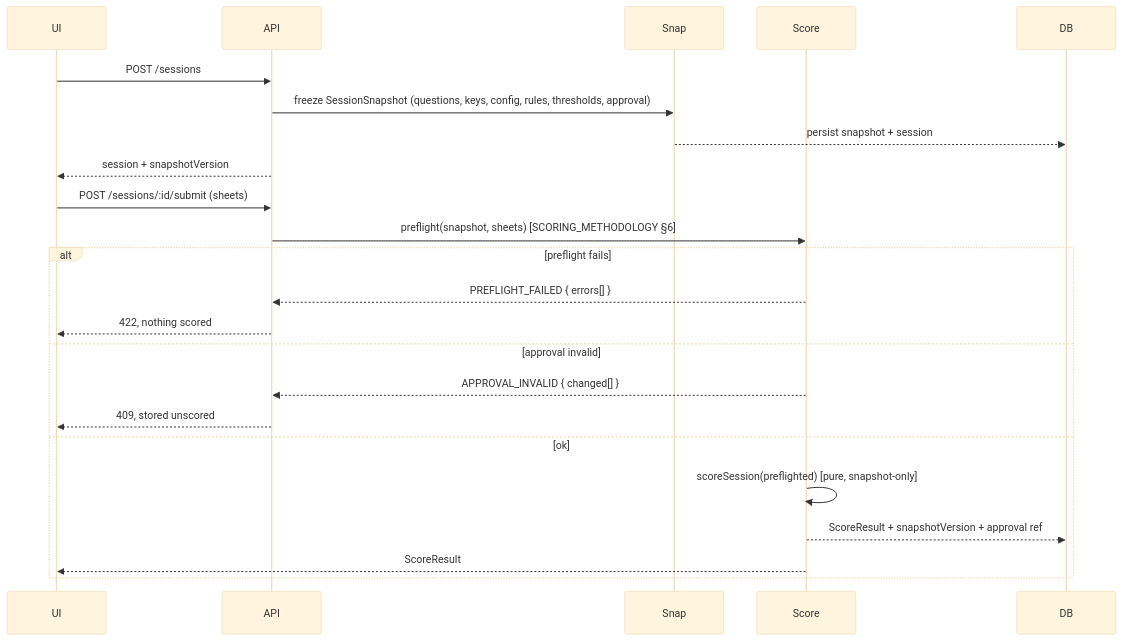
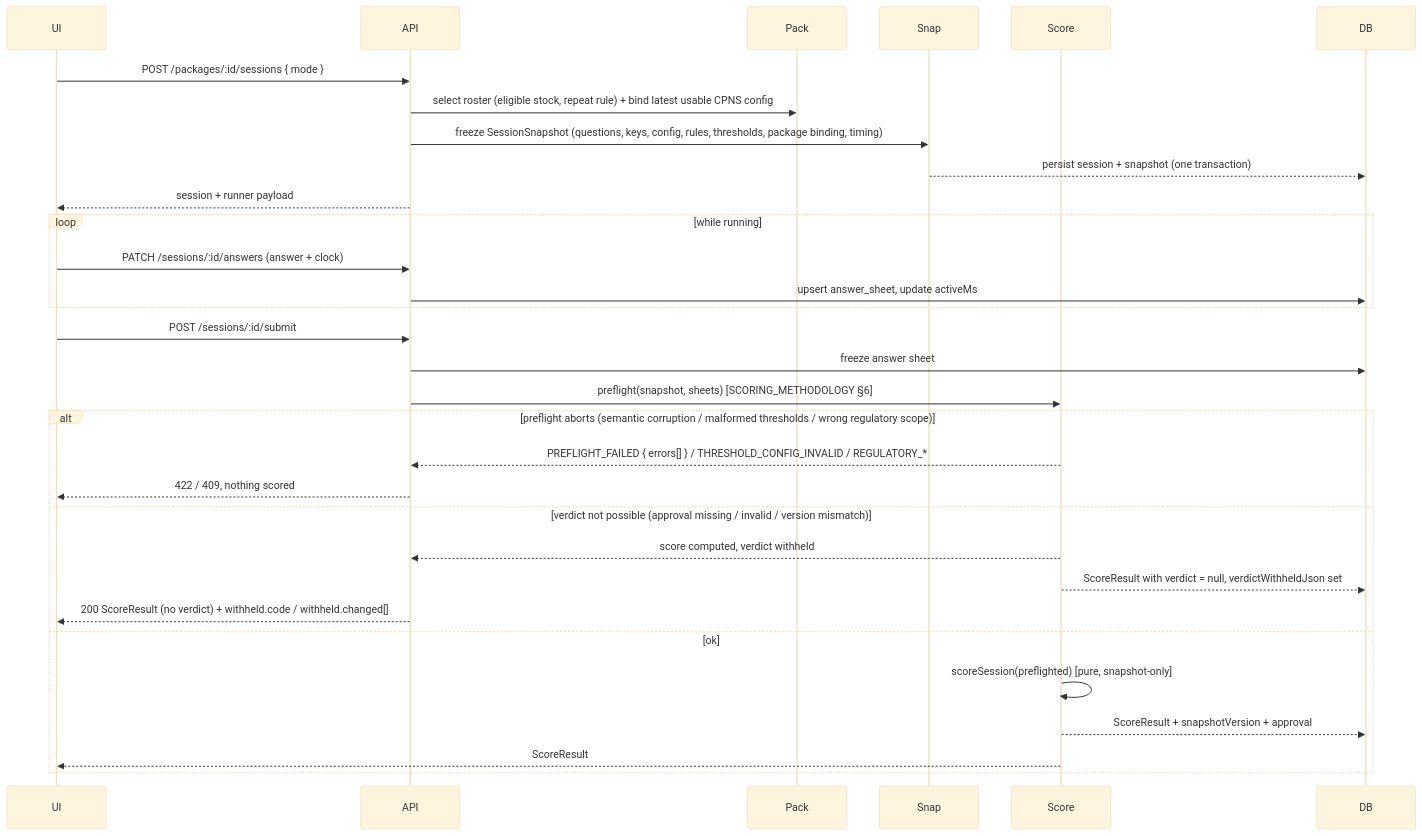
The third of 8 diagrams in docs/architecture/DATA_FLOW.md (Sakbanullah/tryoutsim), drawn with Mermaid (base theme) before and after one commit. The commit also changed other lines of this file and 74 other files, not shown here.

````diff
--- a/docs/architecture/DATA_FLOW.md
+++ b/docs/architecture/DATA_FLOW.md
@@ -42,25 +48,33 @@
 ```mermaid
 sequenceDiagram
   participant UI
   participant API
+  participant Pack
   participant Snap
   participant Score
   participant DB
-  UI->>API: POST /sessions
-  API->>Snap: freeze SessionSnapshot (questions, keys, config, rules, thresholds, approval)
-  Snap-->>DB: persist snapshot + session
-  API-->>UI: session + snapshotVersion
-  UI->>API: POST /sessions/:id/submit (sheets)
+  UI->>API: POST /packages/:id/sessions { mode }
+  API->>Pack: select roster (eligible stock, repeat rule) + bind latest usable CPNS config
+  API->>Snap: freeze SessionSnapshot (questions, keys, config, rules, thresholds, package binding, timing)
+  Snap-->>DB: persist session + snapshot (one transaction)
+  API-->>UI: session + runner payload
+  loop while running
+    UI->>API: PATCH /sessions/:id/answers (answer + clock)
+    API->>DB: upsert answer_sheet, update activeMs
+  end
+  UI->>API: POST /sessions/:id/submit
+  API->>DB: freeze answer sheet
   API->>Score: preflight(snapshot, sheets)  [SCORING_METHODOLOGY §6]
-  alt preflight fails
-    Score-->>API: PREFLIGHT_FAILED { errors[] }
-    API-->>UI: 422, nothing scored
-  else approval invalid
-    Score-->>API: APPROVAL_INVALID { changed[] }
-    API-->>UI: 409, stored unscored
+  alt preflight aborts (semantic corruption / malformed thresholds / wrong regulatory scope)
+    Score-->>API: PREFLIGHT_FAILED { errors[] } / THRESHOLD_CONFIG_INVALID / REGULATORY_*
+    API-->>UI: 422 / 409, nothing scored
+  else verdict not possible (approval missing / invalid / version mismatch)
+    Score-->>API: score computed, verdict withheld
+    Score-->>DB: ScoreResult with verdict = null, verdictWithheldJson set
+    API-->>UI: 200 ScoreResult (no verdict) + withheld.code / withheld.changed[]
   else ok
     Score->>Score: scoreSession(preflighted)  [pure, snapshot-only]
-    Score-->>DB: ScoreResult + snapshotVersion + approval ref
+    Score-->>DB: ScoreResult + snapshotVersion + approval
     Score-->>UI: ScoreResult
   end
 ```
````
